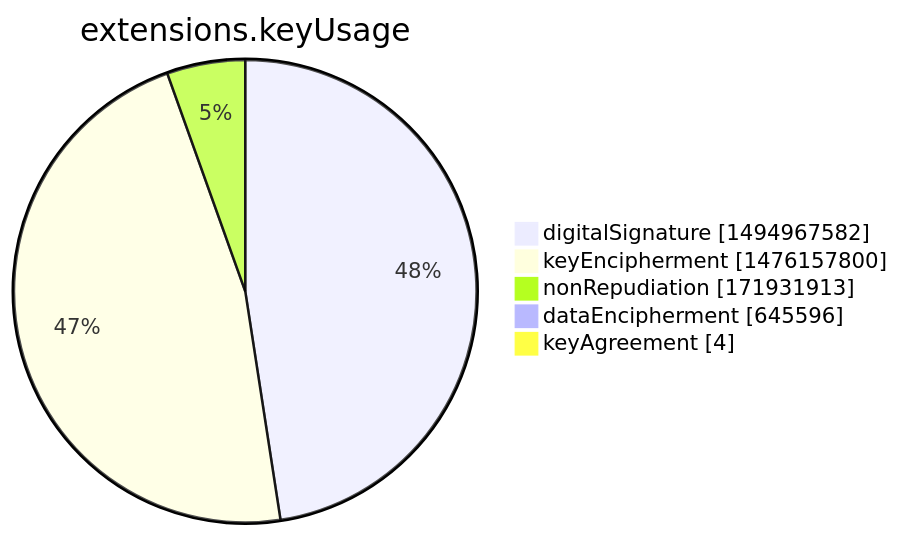
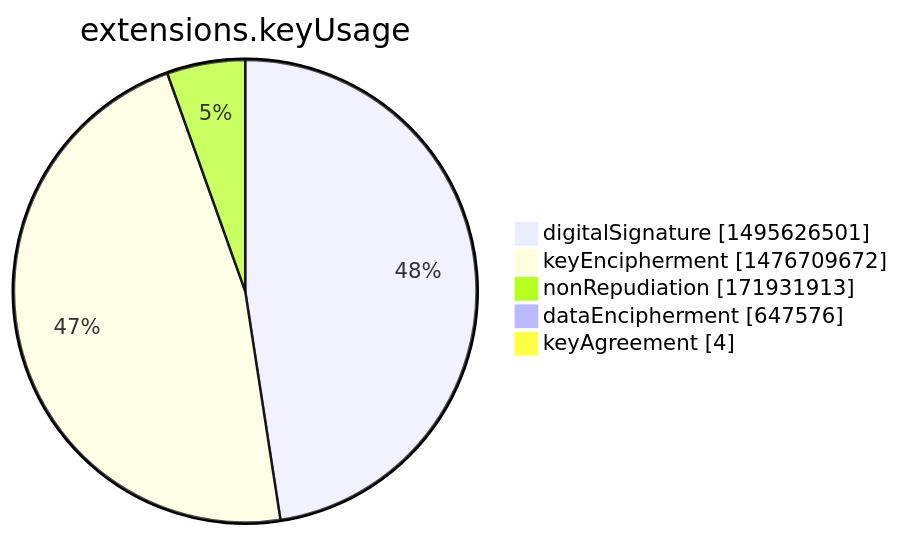
Before and after one commit to christiankrug/ctmonitor_visualization: the seventh of 15 diagrams in argon2022/README.md, drawn with Mermaid. The commit also changed other lines of this file, not shown here.

````diff
--- a/argon2022/README.md
+++ b/argon2022/README.md
@@ -2751,9 +2751,9 @@
 ```mermaid
 pie showData
 title extensions.keyUsage
-"digitalSignature" :1494967582
-"keyEncipherment" :1476157800
+"digitalSignature" :1495626501
+"keyEncipherment" :1476709672
 "nonRepudiation" :171931913
-"dataEncipherment" :645596
+"dataEncipherment" :647576
 "keyAgreement" :4
 ```
````
